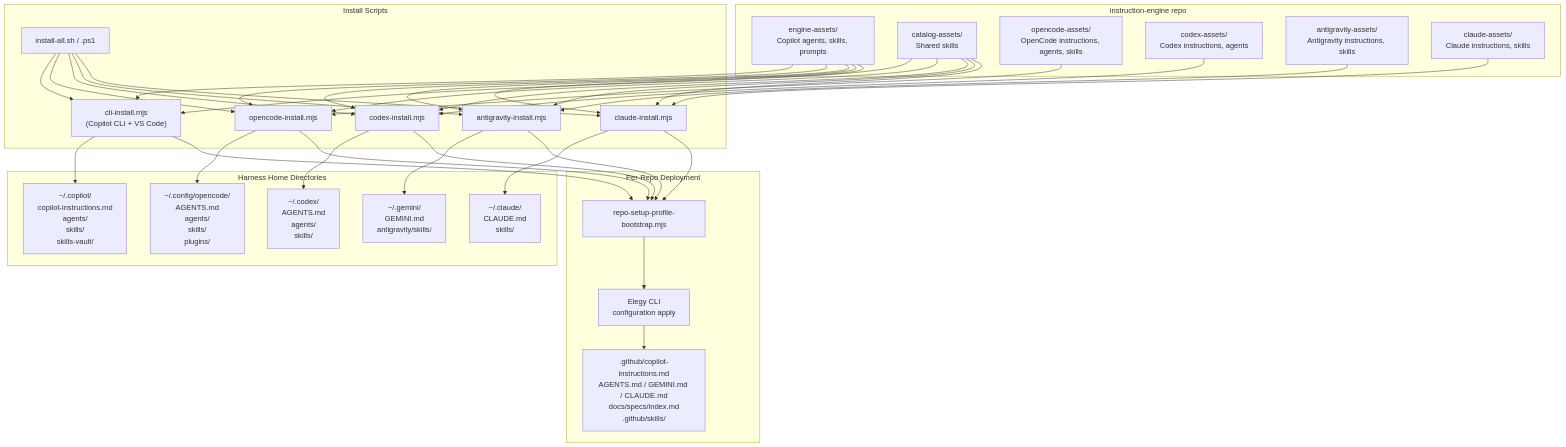
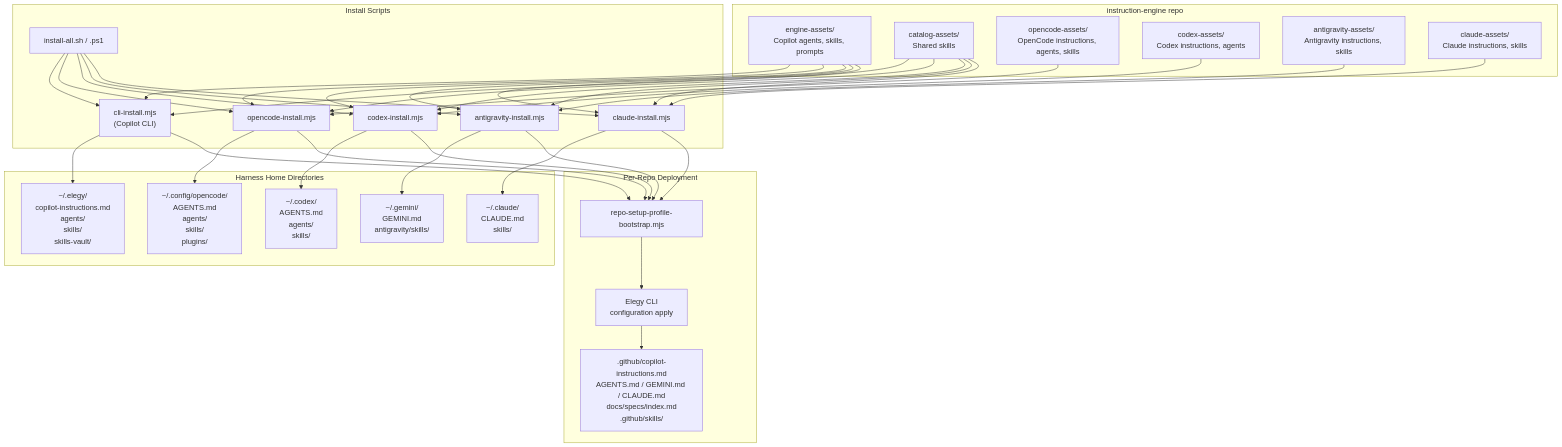
One commit to Sofreshx/Elegy-copilot changed the diagram in docs/system/harness-asset-flow.md. Above: the diagram before and after it, drawn with Mermaid. The commit also changed other lines of this file and 176 other files, not shown here.

First line of the commit message:
refactor: consolidate to .elegy as canonical home, drop VS Code surface

````diff
--- a/docs/system/harness-asset-flow.md
+++ b/docs/system/harness-asset-flow.md
@@ -34,72 +34,72 @@
 ```mermaid
 graph TB
     subgraph "instruction-engine repo"
         EA["engine-assets/<br/>Copilot agents, skills, prompts"]
         CA["catalog-assets/<br/>Shared skills"]
         OA["opencode-assets/<br/>OpenCode instructions, agents, skills"]
         CXA["codex-assets/<br/>Codex instructions, agents"]
         ARA["antigravity-assets/<br/>Antigravity instructions, skills"]
         CLA["claude-assets/<br/>Claude instructions, skills"]
     end
 
     subgraph "Install Scripts"
-        CI["cli-install.mjs<br/>(Copilot CLI + VS Code)"]
+        CI["cli-install.mjs<br/>(Copilot CLI)"]
         OI["opencode-install.mjs"]
         CXI["codex-install.mjs"]
         ARI["antigravity-install.mjs"]
         CLI2["claude-install.mjs"]
         IA["install-all.sh / .ps1"]
     end
 
     subgraph "Harness Home Directories"
-        CH["~/.copilot/<br/>copilot-instructions.md<br/>agents/<br/>skills/<br/>skills-vault/"]
+        CH["~/.elegy/<br/>copilot-instructions.md<br/>agents/<br/>skills/<br/>skills-vault/"]
         OH["~/.config/opencode/<br/>AGENTS.md<br/>agents/<br/>skills/<br/>plugins/"]
         CXH["~/.codex/<br/>AGENTS.md<br/>agents/<br/>skills/"]
         ARH["~/.gemini/<br/>GEMINI.md<br/>antigravity/skills/"]
         CLH["~/.claude/<br/>CLAUDE.md<br/>skills/"]
     end
 
     subgraph "Per-Repo Deployment"
         RSB["repo-setup-profile-bootstrap.mjs"]
         ELEGY["Elegy CLI<br/>configuration apply"]
         REPO[".github/copilot-instructions.md<br/>AGENTS.md / GEMINI.md / CLAUDE.md<br/>docs/specs/index.md<br/>.github/skills/"]
     end
 
     IA --> CI
     IA --> OI
     IA --> CXI
     IA --> ARI
     IA --> CLI2
 
     CI --> CH
     OI --> OH
     CXI --> CXH
     ARI --> ARH
     CLI2 --> CLH
 
     EA --> CI
     EA --> OI
     EA --> CXI
     EA --> ARI
     EA --> CLI2
 
     CA --> CI
     CA --> OI
     CA --> CXI
     CA --> ARI
     CA --> CLI2
 
     OA --> OI
     CXA --> CXI
     ARA --> ARI
     CLA --> CLI2
 
     OI --> RSB
     CXI --> RSB
     ARI --> RSB
     CLI2 --> RSB
     CI --> RSB
 
     RSB --> ELEGY
     ELEGY --> REPO
 ```
````
